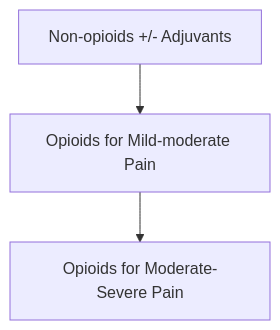
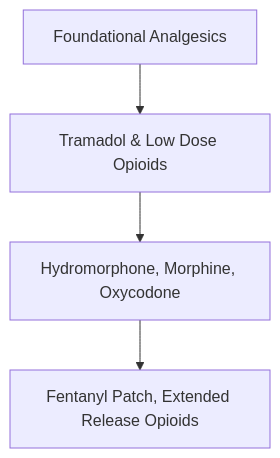
One commit to dragoman3/DrugLibrary changed the diagram in Pain Management.md. Above: the diagram before and after it, drawn with Mermaid. The commit also changed other lines of this file and 32 other files, not shown here.

````diff
--- a/Pain Management.md
+++ b/Pain Management.md
@@ -14,8 +17,10 @@
 ```mermaid
 graph TB
-A[Non-opioids +/- Adjuvants];
-B[Opioids for Mild-moderate Pain];
-C[Opioids for Moderate-Severe Pain];
+A[Foundational Analgesics];
+B[Tramadol & Low Dose Opioids];
+C[Hydromorphone, Morphine, Oxycodone];
+D[Fentanyl Patch, Extended Release Opioids]
 A-->B
 B-->C
+C-->D
 ```
````
